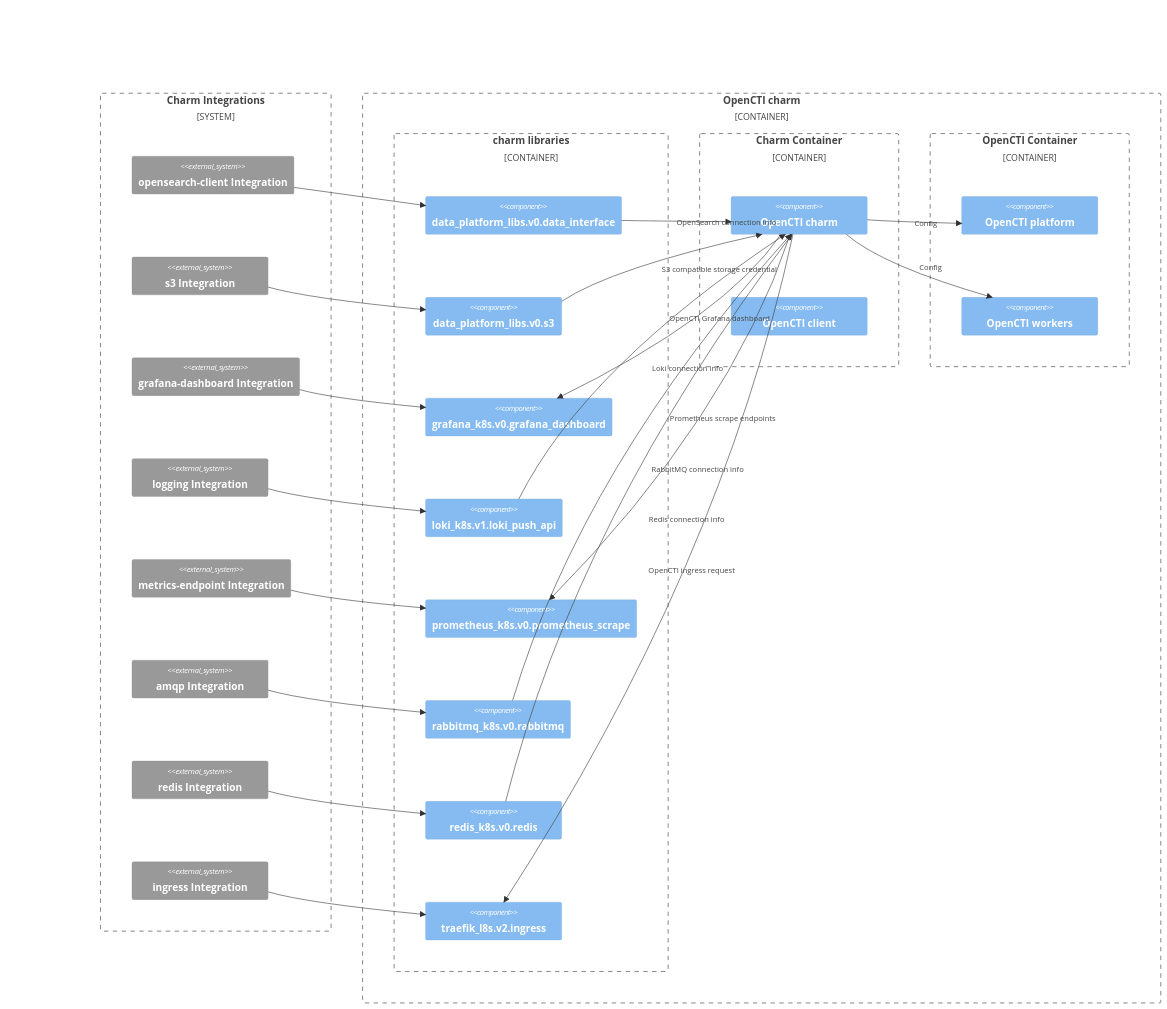
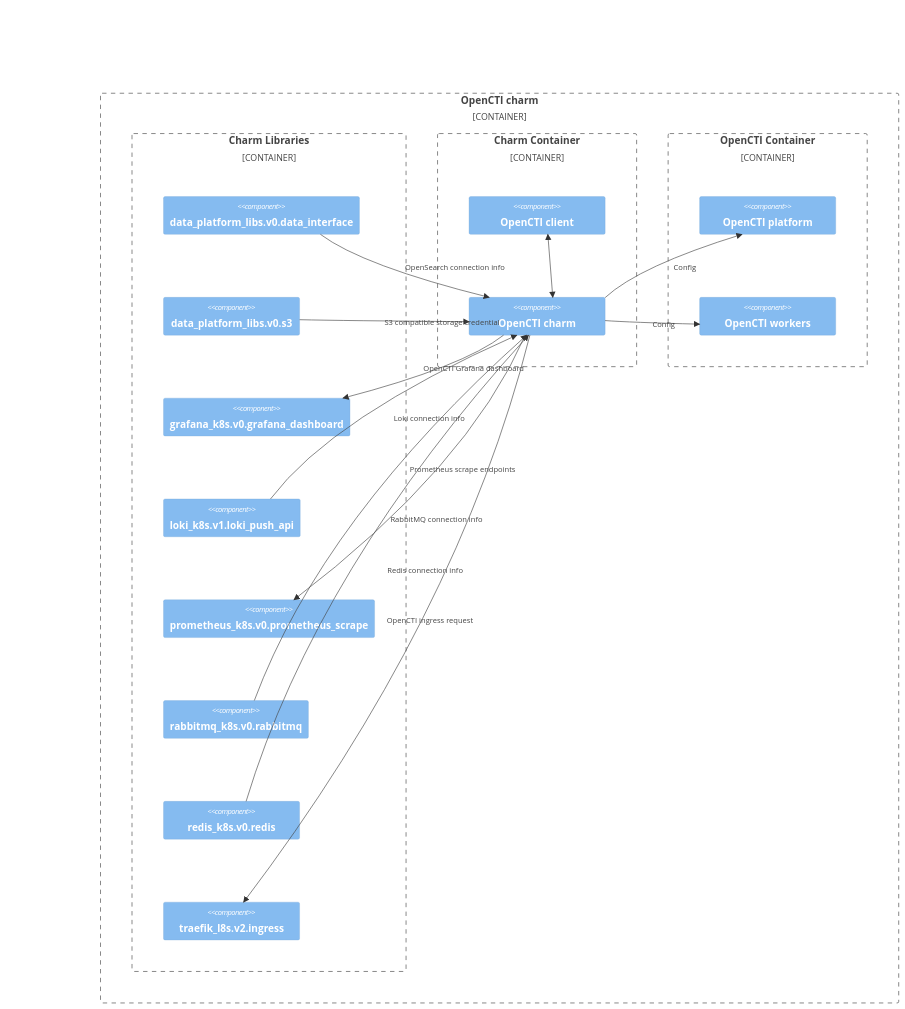
One commit to canonical/opencti-operator changed the second of 2 diagrams in docs/explanation/charm-architecture.md. Above: the diagram before and after it, drawn with Mermaid. The commit also changed other lines of this file and 3 other files, not shown here.

````diff
--- a/docs/explanation/charm-architecture.md
+++ b/docs/explanation/charm-architecture.md
@@ -72,52 +77,35 @@
 ```mermaid
 C4Component
-    System_Boundary(integrations, "Charm Integrations") {
-        System_Ext(opensearch-client, "opensearch-client Integration")
-        System_Ext(s3, "s3 Integration")
-        System_Ext(grafana-dashboard, "grafana-dashboard Integration")
-        System_Ext(logging, "logging Integration")
-        System_Ext(metrics-endpoint, "metrics-endpoint Integration")
-        System_Ext(amqp, "amqp Integration")
-        System_Ext(redis, "redis Integration")
-        System_Ext(ingress, "ingress Integration")
-    }
     Container_Boundary(opencti-charm, "OpenCTI charm") {
-        Container_Boundary(charm-lib, "charm libraries") {
+        Container_Boundary(charm-lib, "Charm Libraries") {
             Component(opensearch-lib, "data_platform_libs.v0.data_interface")
             Component(s3-lib, "data_platform_libs.v0.s3")
             Component(grafana-lib, "grafana_k8s.v0.grafana_dashboard")
             Component(loki-lib, "loki_k8s.v1.loki_push_api")
             Component(prometheus-lib, "prometheus_k8s.v0.prometheus_scrape")
             Component(rabbitmq-lib, "rabbitmq_k8s.v0.rabbitmq")
             Component(redis-lib, "redis_k8s.v0.redis")
             Component(ingress-lib, "traefik_l8s.v2.ingress")
         }
-        Rel(opensearch-client, opensearch-lib, "")
-        Rel(s3, s3-lib, "")
-        Rel(grafana-dashboard, grafana-lib, "")
-        Rel(logging, loki-lib, "")
-        Rel(metrics-endpoint, prometheus-lib, "")
-        Rel(amqp, rabbitmq-lib, "")
-        Rel(redis, redis-lib, "")
-        Rel(ingress, ingress-lib, "")
         Container_Boundary(charm-container, "Charm Container") {
+            Component(opencti-client, "OpenCTI client")
             Component(opencti, "OpenCTI charm")
-            Component(opencti-lib, "OpenCTI client")
+            BiRel(opencti, opencti-client, "")
         }
         Container_Boundary(opencti-container, "OpenCTI Container") {
             Component(opencti-platform, "OpenCTI platform")
             Component(opencti-worker, "OpenCTI workers")
         }
         Rel(opensearch-lib, opencti, "OpenSearch connection info")
         Rel(s3-lib, opencti, "S3 compatible storage credential")
         Rel(opencti, grafana-lib, "OpenCTI Grafana dashboard")
         Rel(loki-lib, opencti, "Loki connection info")
         Rel(opencti, prometheus-lib, "Prometheus scrape endpoints")
         Rel(rabbitmq-lib, opencti, "RabbitMQ connection info")
         Rel(redis-lib, opencti, "Redis connection info")
         Rel(opencti, ingress-lib, "OpenCTI ingress request")
         Rel(opencti, opencti-platform, "Config")
         Rel(opencti, opencti-worker, "Config")
         UpdateLayoutConfig($c4ShapeInRow="1", $c4BoundaryInRow="4")
     }
 ```
````
